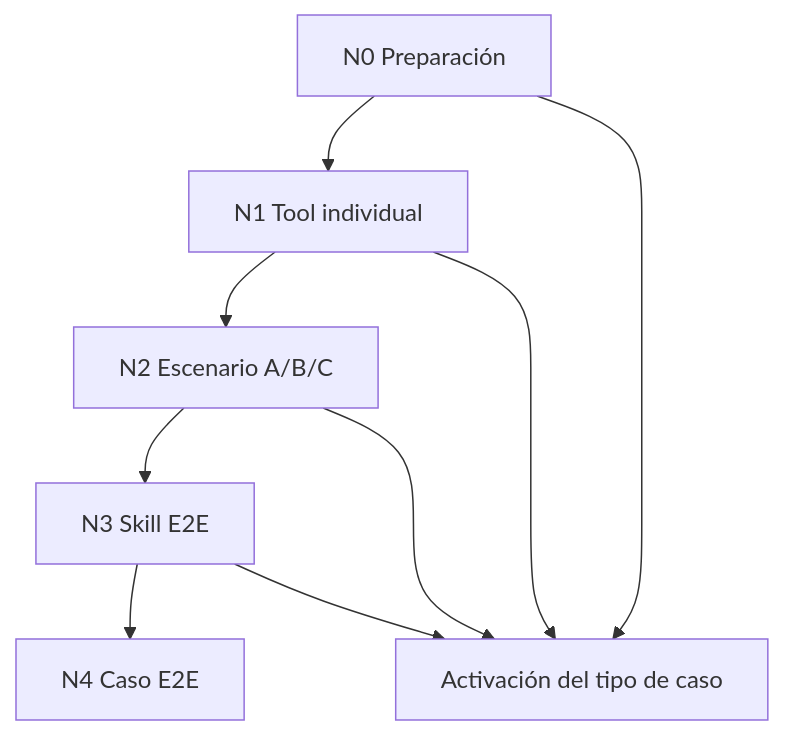
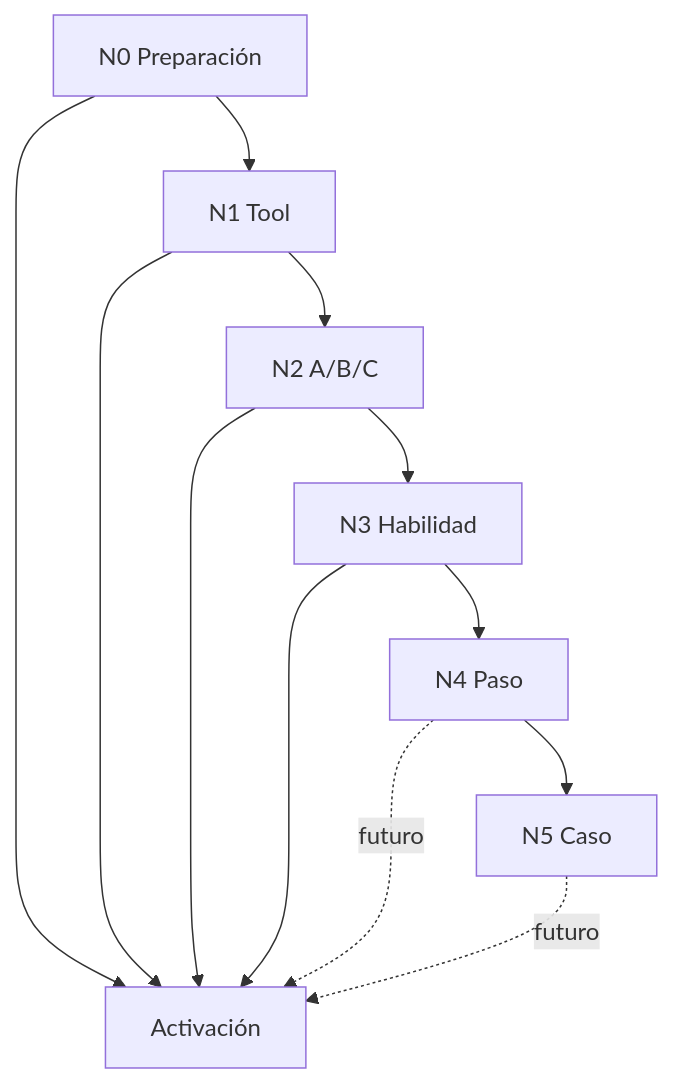
Before and after one commit to janotowers/10x-builders-agent: the diagram in docs/operational-cases/testing-framework.md, drawn with Mermaid. The commit also changed other lines of this file and 12 other files, not shown here.

````diff
--- a/docs/operational-cases/testing-framework.md
+++ b/docs/operational-cases/testing-framework.md
@@ -44,11 +51,14 @@
 ```mermaid
 flowchart TB
-  N0[N0 Preparación] --> N1[N1 Tool individual]
-  N1 --> N2[N2 Escenario A/B/C]
-  N2 --> N3[N3 Skill E2E]
-  N3 --> N4[N4 Caso E2E]
-  N0 --> Activate[Activación del tipo de caso]
+  N0[N0 Preparación] --> N1[N1 Tool]
+  N1 --> N2[N2 A/B/C]
+  N2 --> N3[N3 Habilidad]
+  N3 --> N4[N4 Paso]
+  N4 --> N5[N5 Caso]
+  N0 --> Activate[Activación]
   N1 --> Activate
   N2 --> Activate
   N3 --> Activate
+  N4 -.->|futuro| Activate
+  N5 -.->|futuro| Activate
 ```
````
